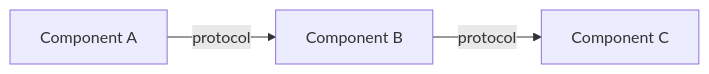
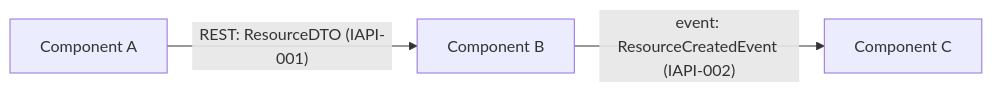
The second of 8 diagrams in docs/templates/design-template.md (RexHeap/longtaskforagent), drawn with Mermaid before and after one commit. The commit also changed other lines of this file and 7 other files, not shown here.

````diff
--- a/docs/templates/design-template.md
+++ b/docs/templates/design-template.md
@@ -47,5 +49,5 @@
 ```mermaid
 graph LR
-    A[Component A] -->|protocol| B[Component B]
-    B -->|protocol| C[Component C]
+    A[Component A] -->|"REST: ResourceDTO (IAPI-001)"| B[Component B]
+    B -->|"event: ResourceCreatedEvent (IAPI-002)"| C[Component C]
 ```
````
